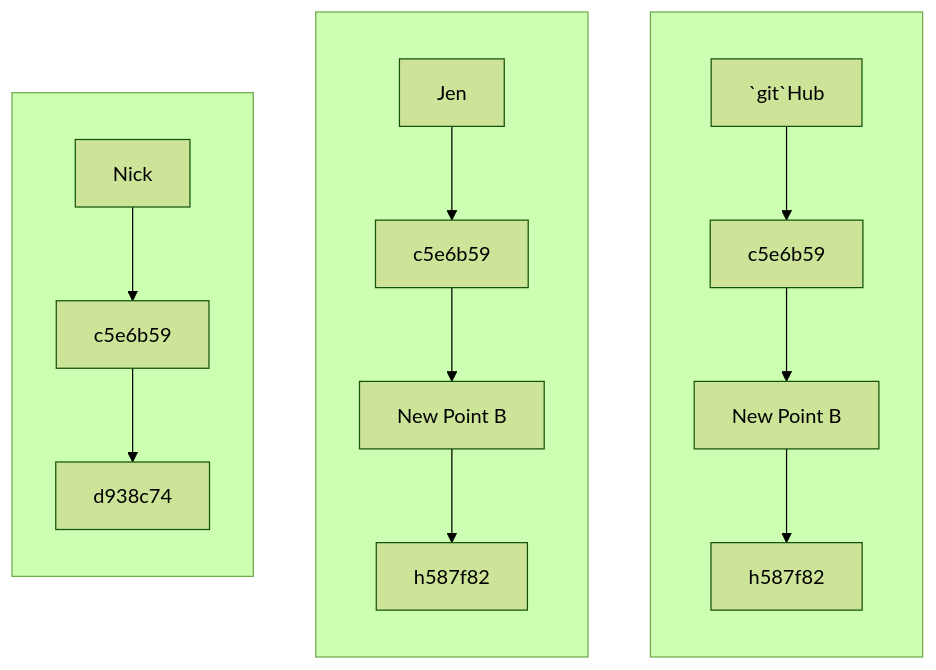
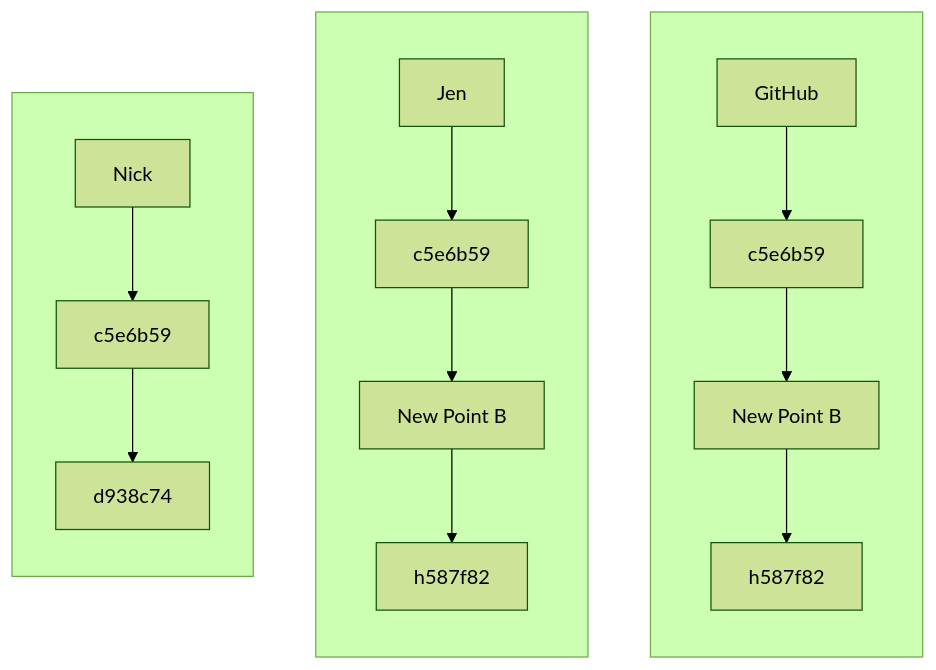
The third of 3 diagrams in _getting_started/06_Merge-Conflicts.md (Alliance-RDM-GDR/rdm-jumpstart), drawn with Mermaid (forest theme) before and after one commit. The commit also changed other lines of this file, not shown here.

````diff
--- a/_getting_started/06_Merge-Conflicts.md
+++ b/_getting_started/06_Merge-Conflicts.md
@@ -84,29 +84,29 @@
 ```mermaid
 flowchart TD
-   A[`git`Hub]
+   A[GitHub]
    B[Jen]
    C[Nick]
    D[c5e6b59]
    E[c5e6b59]
    F[c5e6b59]
    H[d938c74]
    J[New Point B]
    K[New Point B]
    L[h587f82]
    M[h587f82]
 
    subgraph X[" "]
    direction TD
       A --> D --> J --> L
    end
 
    subgraph Y[" "]
    direction TD
       B --> E --> K --> M
    end
 
    subgraph Z[" "]
    direction TD
       C --> F --> H 
    end
 ```
````
